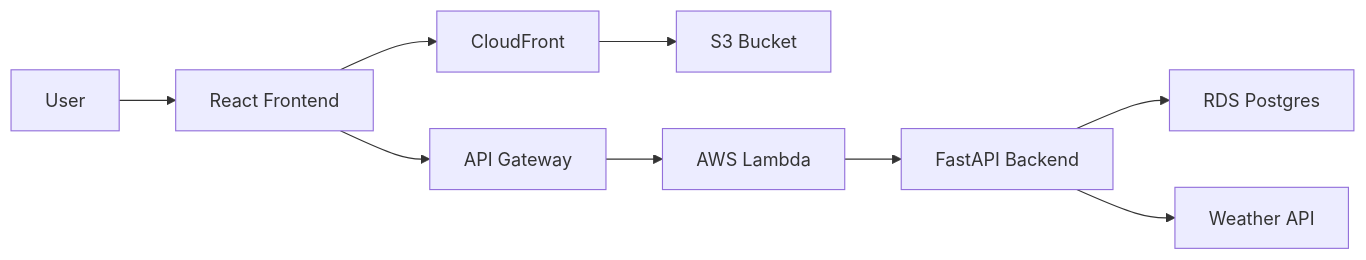
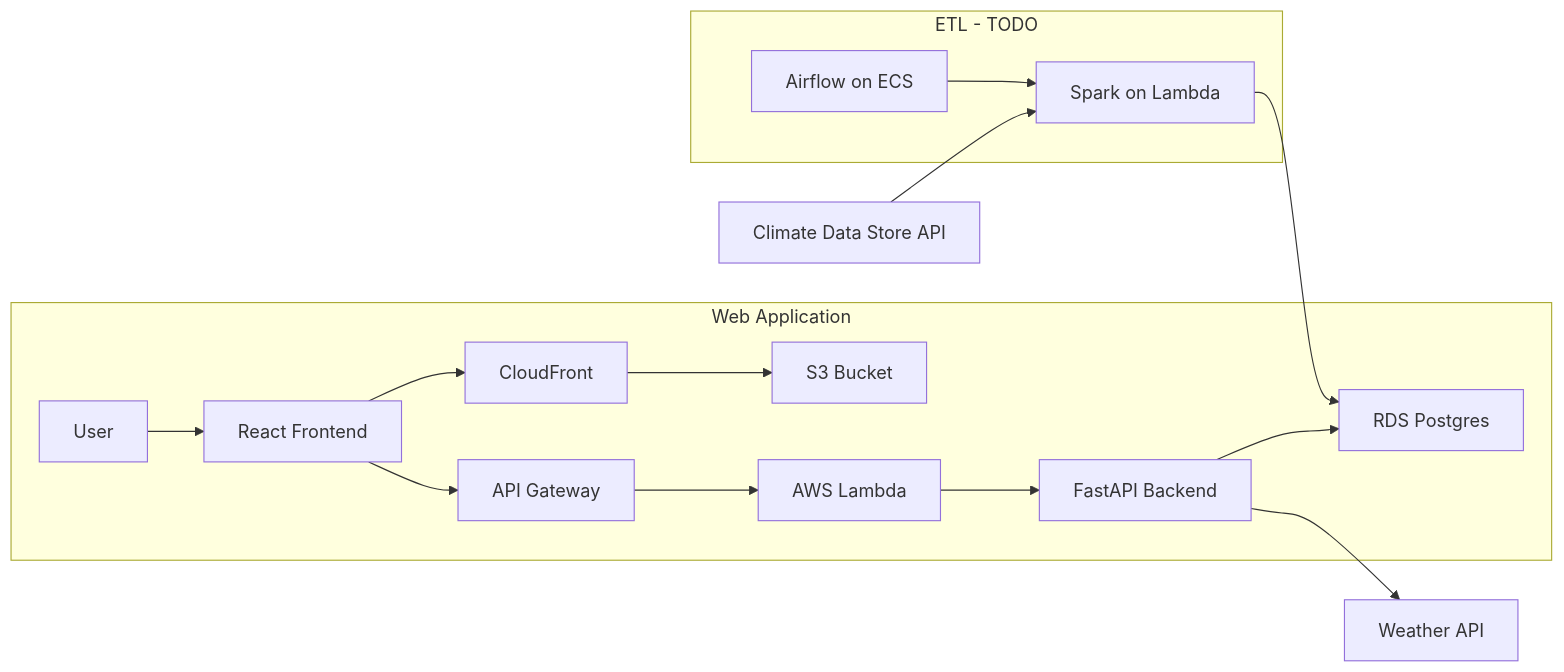
Before and after one commit to kgmcquate/lake-freeze-frontend: the first of 2 diagrams in README.md, drawn with Mermaid. The commit also changed 1 other file, not shown here.

````diff
--- a/README.md
+++ b/README.md
@@ -14,11 +14,25 @@
 ```mermaid
 graph LR;
-  A[User] --> B[React Frontend]
-  B --> C[CloudFront]
-  C --> D[S3 Bucket]
-  B --> F[API Gateway]
-  F --> G[AWS Lambda]
-  G --> H[FastAPI Backend]
-  H --> I[RDS Postgres]
+  subgraph Web Application
+    A[User] --> B[React Frontend]
+    B --> C[CloudFront]
+    C --> D[S3 Bucket]
+    B --> F[API Gateway]
+    F --> G[AWS Lambda]
+    G --> H[FastAPI Backend]
+    H --> I[RDS Postgres]
+  end
+
   H --> J[Weather API]
+
+  M[Climate Data Store API] --> L
+
+  subgraph ETL - TODO
+    K[Airflow on ECS] --> L[Spark on Lambda]
+    L --> I
+    
+  end
+
+
+
 ```
````
